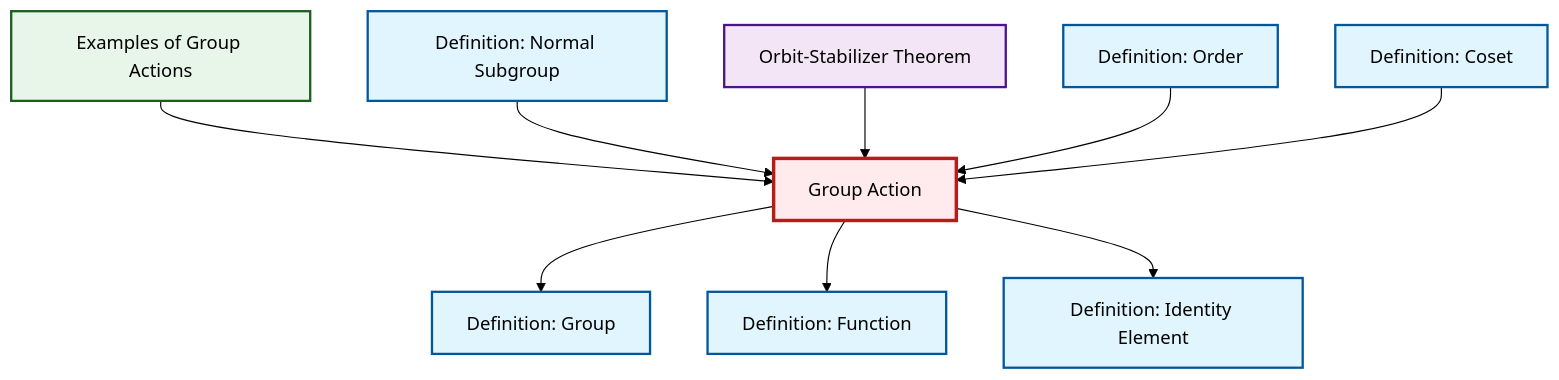
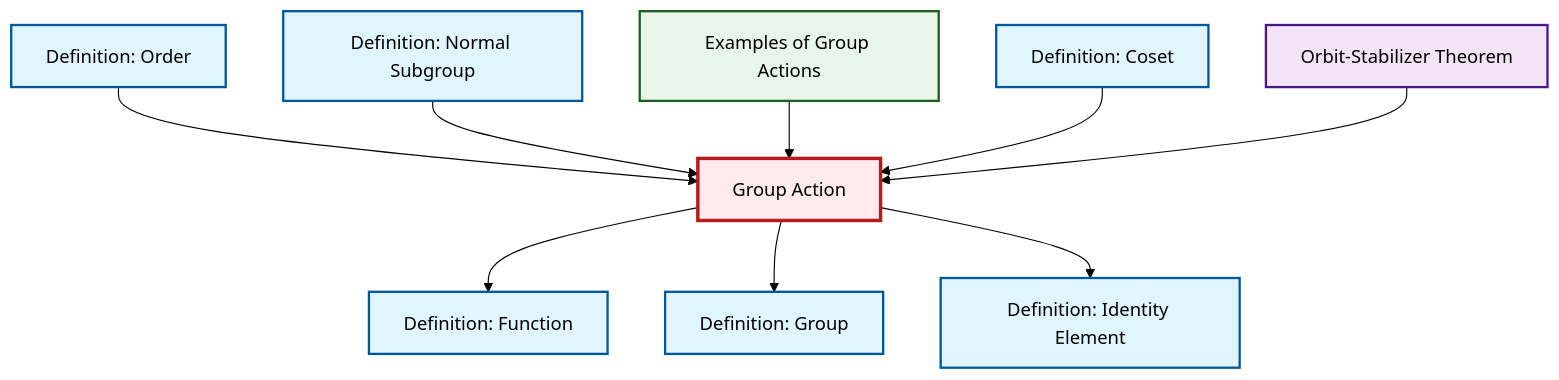
One commit to RK0429/ModernMath changed the diagram in content/en/algebra/def-group-action.qmd. Above: the diagram before and after it, drawn with Mermaid (forest theme). The commit also changed other lines of this file and 1012 other files, not shown here.

````diff
--- a/content/en/algebra/def-group-action.qmd
+++ b/content/en/algebra/def-group-action.qmd
@@ -61,35 +61,35 @@
 ```{mermaid}
 %%| fig-cap: "Local dependency graph"
 graph TD
     classDef definition fill:#e1f5fe,stroke:#01579b,stroke-width:2px
     classDef theorem fill:#f3e5f5,stroke:#4a148c,stroke-width:2px
     classDef axiom fill:#fff3e0,stroke:#e65100,stroke-width:2px
     classDef example fill:#e8f5e9,stroke:#1b5e20,stroke-width:2px
     classDef current fill:#ffebee,stroke:#b71c1c,stroke-width:3px
+    def-identity-element["Definition: Identity Element"]:::definition
+    thm-orbit-stabilizer["Orbit-Stabilizer Theorem"]:::theorem
+    def-order["Definition: Order"]:::definition
+    def-group-action["Group Action"]:::definition
+    def-normal-subgroup["Definition: Normal Subgroup"]:::definition
     def-function["Definition: Function"]:::definition
-    thm-orbit-stabilizer["Orbit-Stabilizer Theorem"]:::theorem
-    def-normal-subgroup["Definition: Normal Subgroup"]:::definition
-    def-order["Definition: Order"]:::definition
+    def-coset["Definition: Coset"]:::definition
     ex-group-action-examples["Examples of Group Actions"]:::example
-    def-identity-element["Definition: Identity Element"]:::definition
-    def-coset["Definition: Coset"]:::definition
-    def-group-action["Group Action"]:::definition
     def-group["Definition: Group"]:::definition
-    ex-group-action-examples --> def-group-action
-    def-normal-subgroup --> def-group-action
-    thm-orbit-stabilizer --> def-group-action
-    def-group-action --> def-group
     def-group-action --> def-function
     def-order --> def-group-action
+    def-normal-subgroup --> def-group-action
+    ex-group-action-examples --> def-group-action
+    def-group-action --> def-group
+    def-coset --> def-group-action
+    thm-orbit-stabilizer --> def-group-action
     def-group-action --> def-identity-element
-    def-coset --> def-group-action
     class def-group-action current
+    click def-identity-element "def-identity-element.html" "Go to Identity Element definition"
+    click thm-orbit-stabilizer "thm-orbit-stabilizer.html" "Go to Orbit-Stabilizer Theorem"
+    click def-order "def-order.html" "Go to Order definition"
+    click def-normal-subgroup "def-normal-subgroup.html" "Go to Normal Subgroup definition"
     click def-function "def-function.html" "Go to Function definition"
-    click thm-orbit-stabilizer "thm-orbit-stabilizer.html" "Go to Orbit-Stabilizer Theorem"
-    click def-normal-subgroup "def-normal-subgroup.html" "Go to Normal Subgroup definition"
-    click def-order "def-order.html" "Go to Order definition"
+    click def-coset "def-coset.html" "Go to Coset definition"
     click ex-group-action-examples "ex-group-action-examples.html" "Go to Examples of Group Actions"
-    click def-identity-element "def-identity-element.html" "Go to Identity Element definition"
-    click def-coset "def-coset.html" "Go to Coset definition"
     click def-group "def-group.html" "Go to Group definition"
 ```
````
